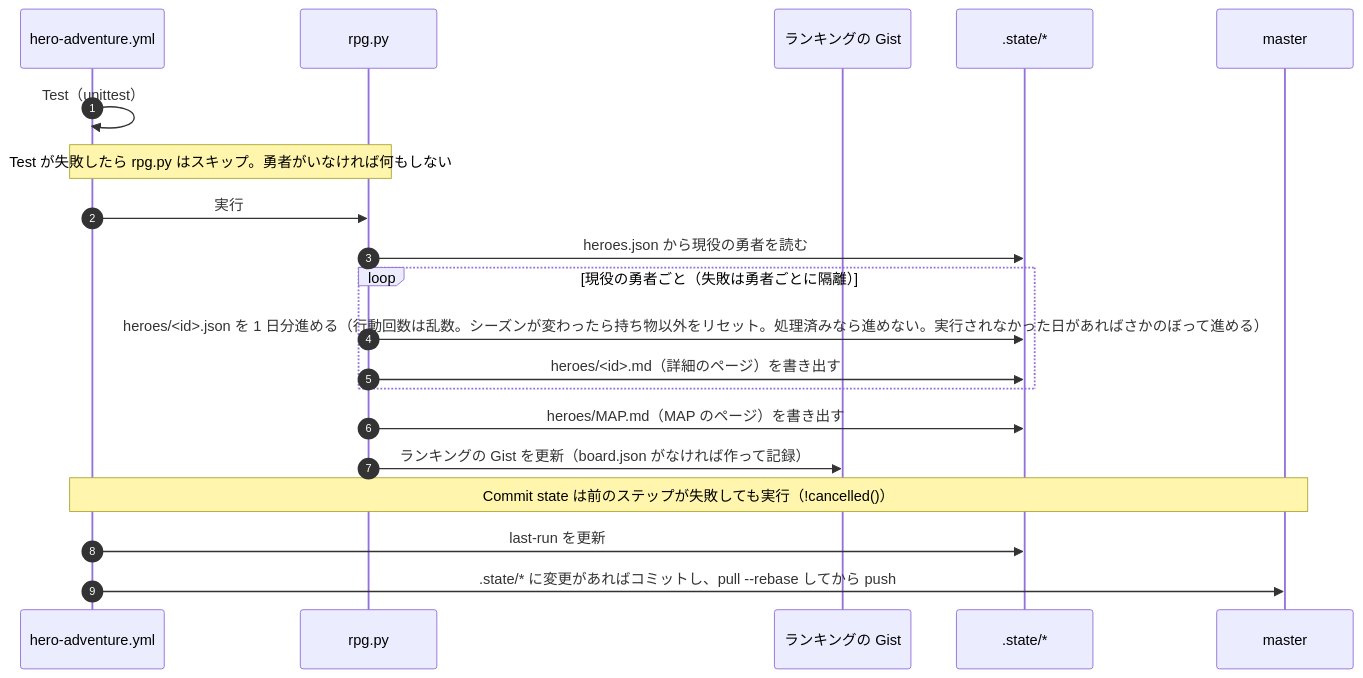
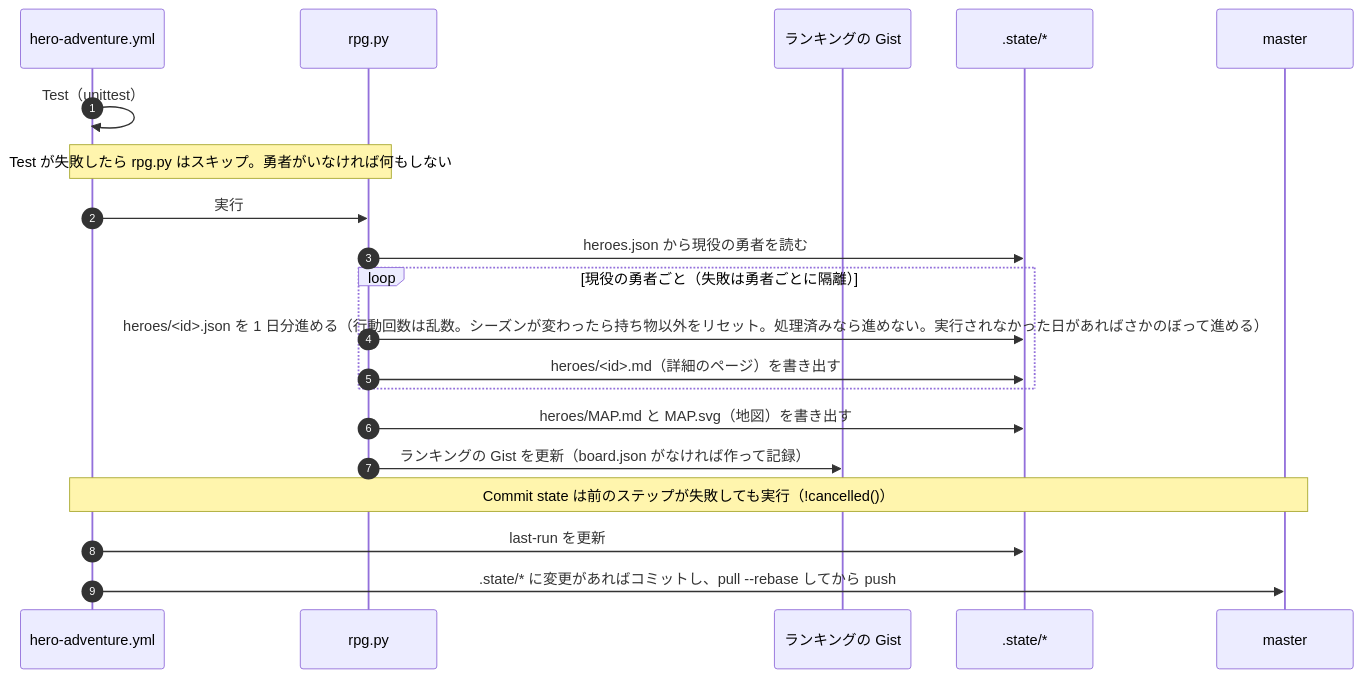
Before and after one commit to ot-nemoto/cryepis: the second of 3 diagrams in docs/DATA_FLOW.md, drawn with Mermaid. The commit also changed other lines of this file and 11 other files, not shown here.

First line of the commit message:
feat: 地図の画像（SVG）を書き出す

````diff
--- a/docs/DATA_FLOW.md
+++ b/docs/DATA_FLOW.md
@@ -72,23 +72,23 @@
 ```mermaid
 sequenceDiagram
     autonumber
     participant WF as hero-adventure.yml
     participant RP as rpg.py
     participant G as ランキングの Gist
     participant S as .state/*
     participant M as master
 
     WF->>WF: Test（unittest）
     Note over WF,RP: Test が失敗したら rpg.py はスキップ。勇者がいなければ何もしない
     WF->>RP: 実行
     RP->>S: heroes.json から現役の勇者を読む
     loop 現役の勇者ごと（失敗は勇者ごとに隔離）
         RP->>S: heroes/<id>.json を 1 日分進める（行動回数は乱数。シーズンが変わったら持ち物以外をリセット。処理済みなら進めない。実行されなかった日があればさかのぼって進める）
         RP->>S: heroes/<id>.md（詳細のページ）を書き出す
     end
-    RP->>S: heroes/MAP.md（MAP のページ）を書き出す
+    RP->>S: heroes/MAP.md と MAP.svg（地図）を書き出す
     RP->>G: ランキングの Gist を更新（board.json がなければ作って記録）
     Note over WF,M: Commit state は前のステップが失敗しても実行（!cancelled()）
     WF->>S: last-run を更新
     WF->>M: .state/* に変更があればコミットし、pull --rebase してから push
 ```
````
